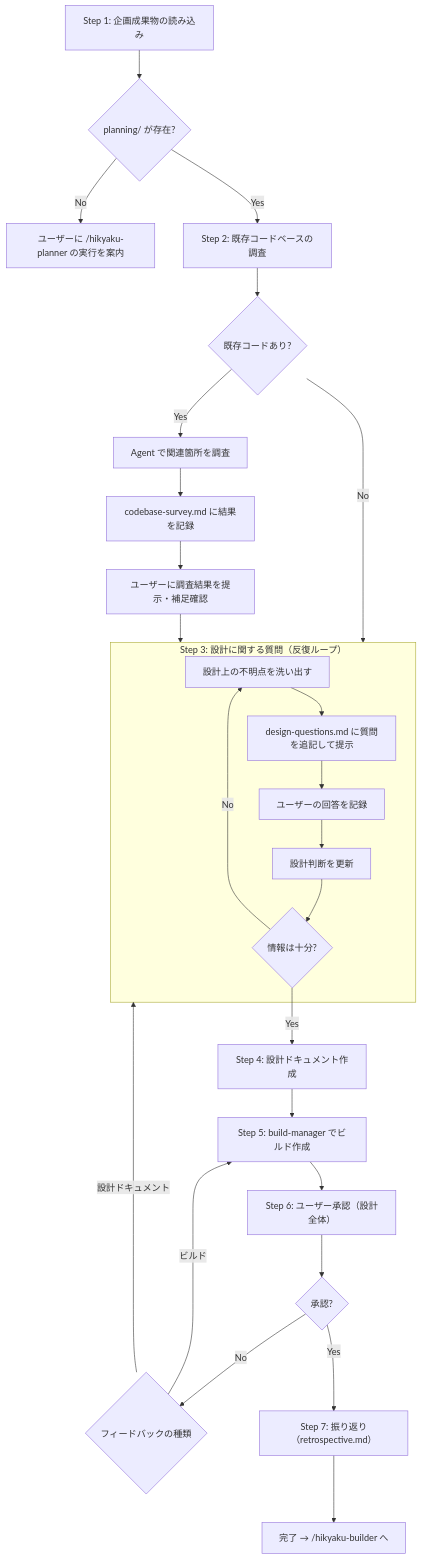
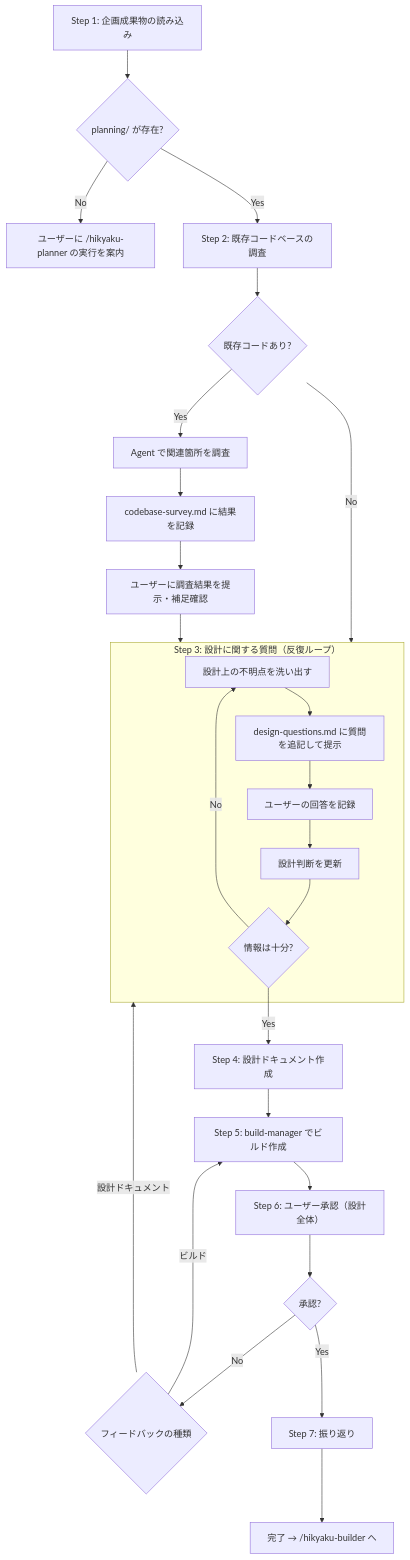
Before and after one commit to tak-solder/hikyaku: the diagram in skills/hikyaku-architect/SKILL.md, drawn with Mermaid. The commit also changed other lines of this file and 8 other files, not shown here.

````diff
--- a/skills/hikyaku-architect/SKILL.md
+++ b/skills/hikyaku-architect/SKILL.md
@@ -95,31 +95,31 @@
 ```mermaid
 flowchart TD
     S1["Step 1: 企画成果物の読み込み"] --> S1a{"planning/ が存在?"}
     S1a -- No --> S1b["ユーザーに /hikyaku-planner の実行を案内"]
     S1a -- Yes --> S2
 
     S2["Step 2: 既存コードベースの調査"] --> S2a{"既存コードあり?"}
     S2a -- No --> S3
     S2a -- Yes --> S2b["Agent で関連箇所を調査"]
     S2b --> S2c["codebase-survey.md に結果を記録"]
     S2c --> S2d["ユーザーに調査結果を提示・補足確認"]
     S2d --> S3
 
     subgraph S3["Step 3: 設計に関する質問（反復ループ）"]
         Q1["設計上の不明点を洗い出す"] --> Q2["design-questions.md に質問を追記して提示"]
         Q2 --> Q3["ユーザーの回答を記録"]
         Q3 --> Q4["設計判断を更新"]
         Q4 --> Q5{"情報は十分?"}
         Q5 -- No --> Q1
     end
 
     Q5 -- Yes --> S4["Step 4: 設計ドキュメント作成"]
     S4 --> S5["Step 5: build-manager でビルド作成"]
     S5 --> S6["Step 6: ユーザー承認（設計全体）"]
     S6 --> S6a{"承認?"}
     S6a -- No --> S6b{"フィードバックの種類"}
     S6b -- "設計ドキュメント" --> S3
     S6b -- "ビルド" --> S5
-    S6a -- Yes --> S7["Step 7: 振り返り（retrospective.md）"]
+    S6a -- Yes --> S7["Step 7: 振り返り"]
     S7 --> Done["完了 → /hikyaku-builder へ"]
 ```
````
